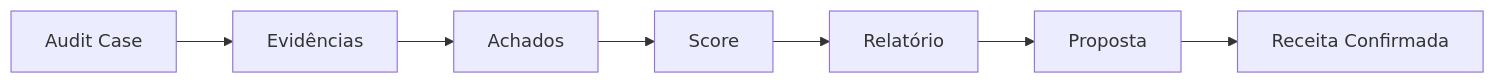
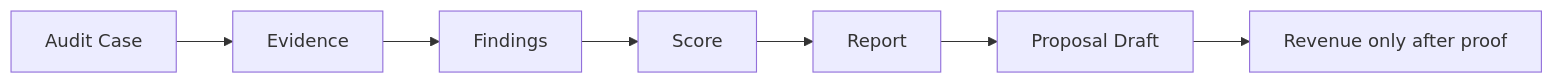
The second of 3 diagrams in README.md (xpex-systems-ai/GXEON-AI), drawn with Mermaid before and after one commit. The commit also changed other lines of this file and 19 other files, not shown here.

````diff
--- a/README.md
+++ b/README.md
@@ -159,9 +112,9 @@
 ```mermaid
 flowchart LR
-    Case[Audit Case] --> Evidence[Evidências]
-    Evidence --> Findings[Achados]
+    Case[Audit Case] --> Evidence[Evidence]
+    Evidence --> Findings[Findings]
     Findings --> Score[Score]
-    Score --> Report[Relatório]
-    Report --> Proposal[Proposta]
-    Proposal --> Revenue[Receita Confirmada]
+    Score --> Report[Report]
+    Report --> Proposal[Proposal Draft]
+    Proposal --> Proof[Revenue only after proof]
 ```
````
